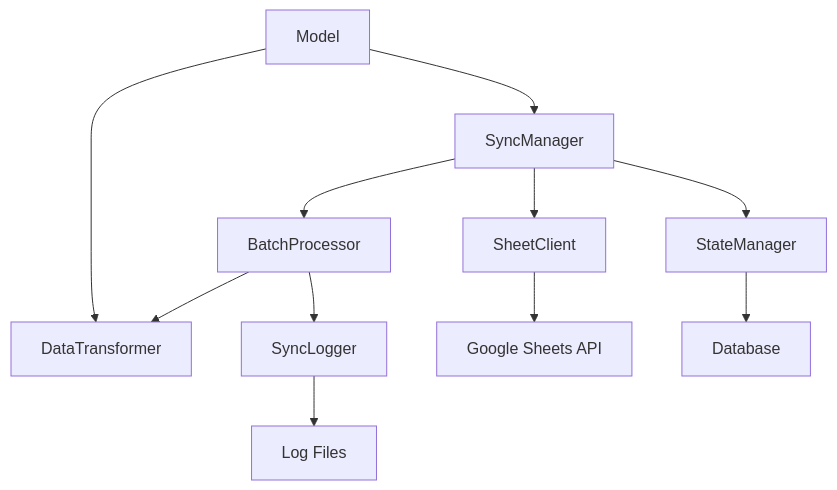
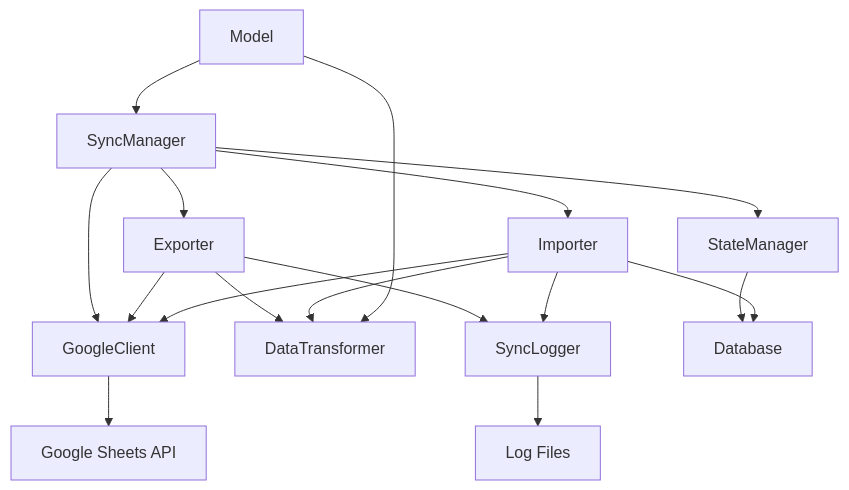
The first of 3 diagrams in docs/COMPONENTS_OVERVIEW.md (ultra-bugs/syncro-sheet), drawn with Mermaid before and after one commit. The commit also changed other lines of this file and 28 other files, not shown here.

First line of the commit message:
Add bidirectional sync Phase 1: Importer + Exporter

````diff
--- a/docs/COMPONENTS_OVERVIEW.md
+++ b/docs/COMPONENTS_OVERVIEW.md
@@ -146,17 +170,23 @@
 ```mermaid
 graph TB
-    A[SyncManager] --> B[BatchProcessor]
+    A[SyncManager] --> B[Exporter]
+    A --> B2[Importer]
     A --> C[StateManager]
-    A --> D[SheetClient]
+    A --> D[GoogleClient]
 
     B --> E[DataTransformer]
+    B2 --> E
+    B --> D
+    B2 --> D
     B --> F[SyncLogger]
+    B2 --> F
 
     D --> G[Google Sheets API]
 
     C --> H[Database]
+    B2 --> H
     F --> I[Log Files]
 
     J[Model] --> A
     J --> E
 ```
````
